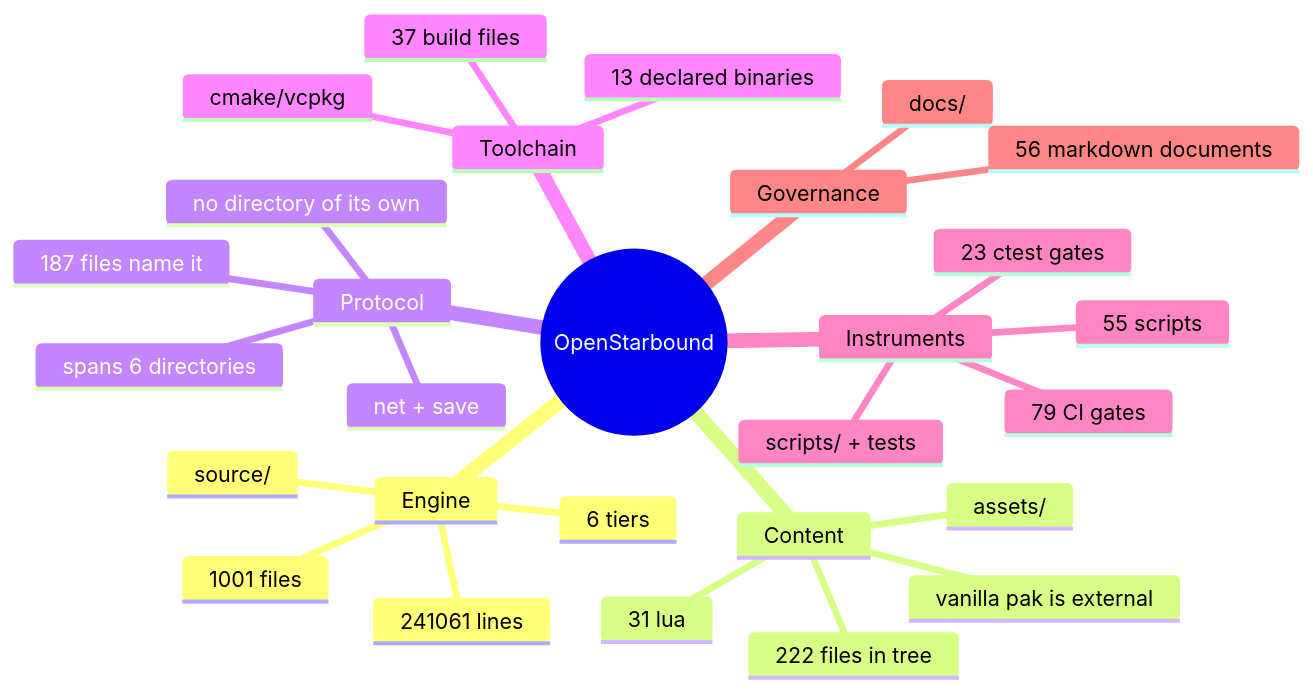
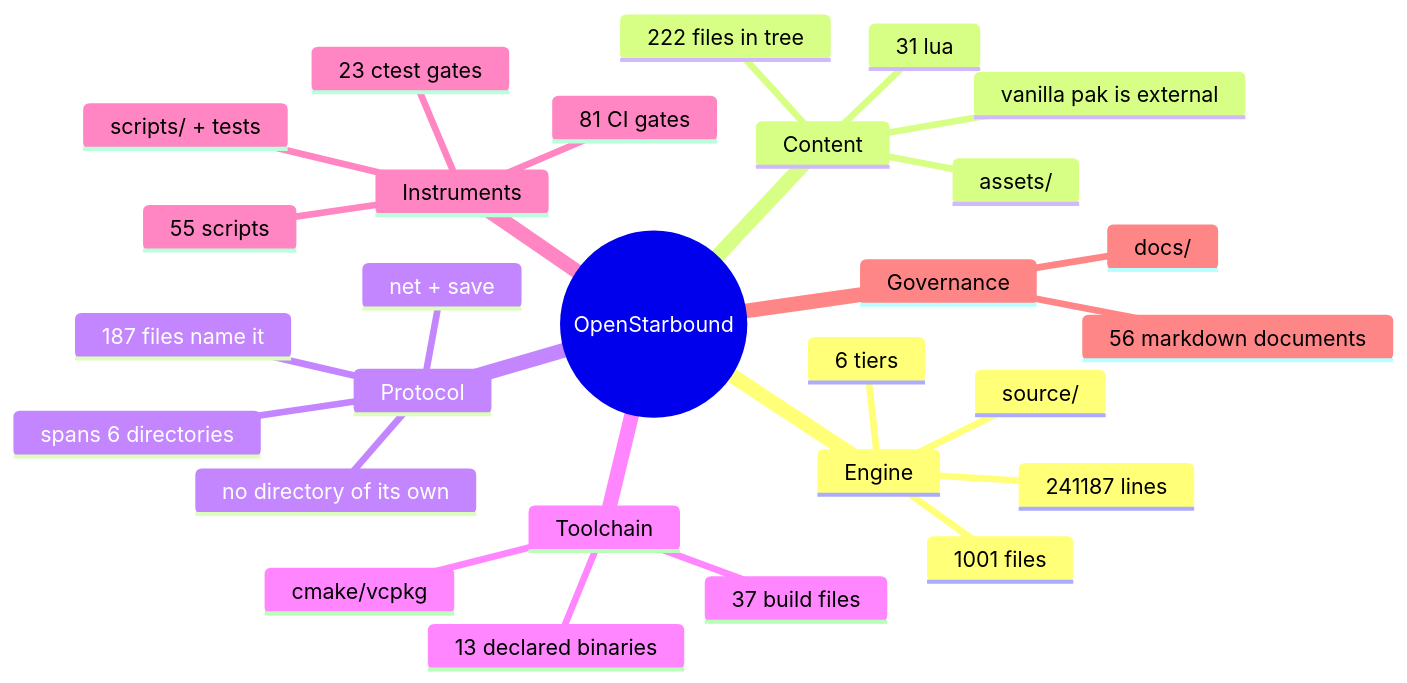
One commit to apnex/OpenStarbound changed the second of 11 diagrams in docs/architecture/system-boundaries.md. Above: the diagram before and after it, drawn with Mermaid. The commit also changed other lines of this file and 3 other files, not shown here.

````diff
--- a/docs/architecture/system-boundaries.md
+++ b/docs/architecture/system-boundaries.md
@@ -166,31 +166,31 @@
 ```mermaid
 mindmap
   root((OpenStarbound))
     Engine
       source/
       1001 files
-      241061 lines
+      241187 lines
       6 tiers
     Content
       assets/
       222 files in tree
       31 lua
       vanilla pak is external
     Protocol
       net + save
       187 files name it
       spans 6 directories
       no directory of its own
     Toolchain
       cmake/vcpkg
       37 build files
       13 declared binaries
     Instruments
       scripts/ + tests
       55 scripts
       23 ctest gates
-      79 CI gates
+      81 CI gates
     Governance
       docs/
       56 markdown documents
 ```
````
